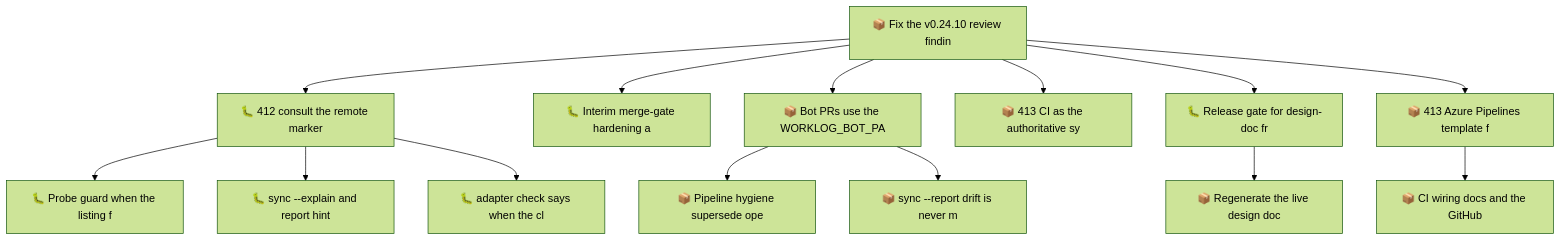
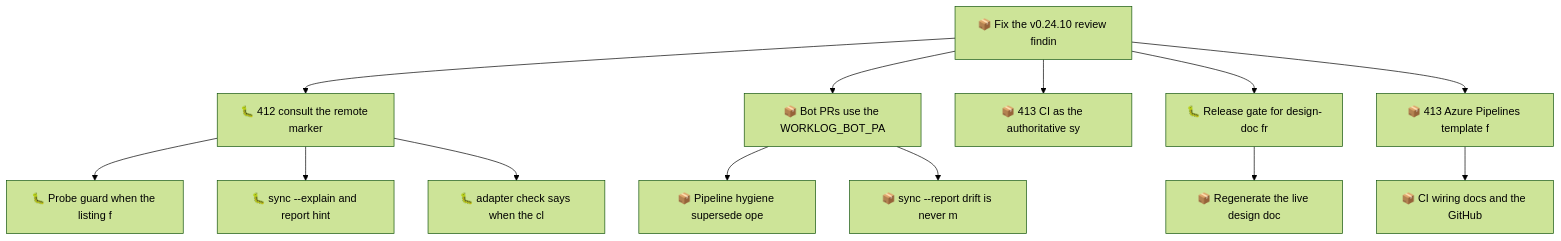
One commit to SpillwaveSolutions/wiki_ticket_sdd changed the second of 2 diagrams in docs/roadmap.md. Above: the diagram before and after it, drawn with Mermaid (forest theme). The commit also changed other lines of this file and 18 other files, not shown here.

First line of the commit message:
ci: read-only invariants workflow, no bypass actor, ADR-0011 (01M2XCWMVEH3XFP2VPS9JBD6XD)

````diff
--- a/docs/roadmap.md
+++ b/docs/roadmap.md
@@ -87,30 +84,28 @@
 ```mermaid
 graph TD
     01M2XCWMV0QYM4ZRBWN1V1327B["📦 Fix the v0.24.10 review findin"]
     01M2XCWMVD7KJ01FCNEV1X8237["🐛 412 consult the remote marker"]
     01M2XCWMVEH3XFP2VPS9JBD6X7["🐛 Probe guard when the listing f"]
     01M2XCWMVEH3XFP2VPS9JBD6X9["🐛 sync --explain and report hint"]
     01M2XCWMVEH3XFP2VPS9JBD6XB["🐛 adapter check says when the cl"]
-    01M2XCWMVEH3XFP2VPS9JBD6XD["🐛 Interim merge-gate hardening a"]
     01M2XCWMVEH3XFP2VPS9JBD6XF["📦 Bot PRs use the WORKLOG_BOT_PA"]
     01M2XCWMVEH3XFP2VPS9JBD6XH["📦 Pipeline hygiene supersede ope"]
     01M2XCWMVEH3XFP2VPS9JBD6XK["📦 sync --report drift is never m"]
     01M2XCWMVEH3XFP2VPS9JBD6XN["📦 413 CI as the authoritative sy"]
     01M2XCWMVEH3XFP2VPS9JBD6XQ["🐛 Release gate for design-doc fr"]
     01M2XCWMVEH3XFP2VPS9JBD6XS["📦 Regenerate the live design doc"]
     01M2XCWMVEH3XFP2VPS9JBD6XV["📦 413 Azure Pipelines template f"]
     01M2XCWMVEH3XFP2VPS9JBD6XX["📦 CI wiring docs and the GitHub"]
     01M2XCWMV0QYM4ZRBWN1V1327B --> 01M2XCWMVD7KJ01FCNEV1X8237
     01M2XCWMVD7KJ01FCNEV1X8237 --> 01M2XCWMVEH3XFP2VPS9JBD6X7
     01M2XCWMVD7KJ01FCNEV1X8237 --> 01M2XCWMVEH3XFP2VPS9JBD6X9
     01M2XCWMVD7KJ01FCNEV1X8237 --> 01M2XCWMVEH3XFP2VPS9JBD6XB
-    01M2XCWMV0QYM4ZRBWN1V1327B --> 01M2XCWMVEH3XFP2VPS9JBD6XD
     01M2XCWMV0QYM4ZRBWN1V1327B --> 01M2XCWMVEH3XFP2VPS9JBD6XF
     01M2XCWMVEH3XFP2VPS9JBD6XF --> 01M2XCWMVEH3XFP2VPS9JBD6XH
     01M2XCWMVEH3XFP2VPS9JBD6XF --> 01M2XCWMVEH3XFP2VPS9JBD6XK
     01M2XCWMV0QYM4ZRBWN1V1327B --> 01M2XCWMVEH3XFP2VPS9JBD6XN
     01M2XCWMV0QYM4ZRBWN1V1327B --> 01M2XCWMVEH3XFP2VPS9JBD6XQ
     01M2XCWMVEH3XFP2VPS9JBD6XQ --> 01M2XCWMVEH3XFP2VPS9JBD6XS
     01M2XCWMV0QYM4ZRBWN1V1327B --> 01M2XCWMVEH3XFP2VPS9JBD6XV
     01M2XCWMVEH3XFP2VPS9JBD6XV --> 01M2XCWMVEH3XFP2VPS9JBD6XX
 ```
````
